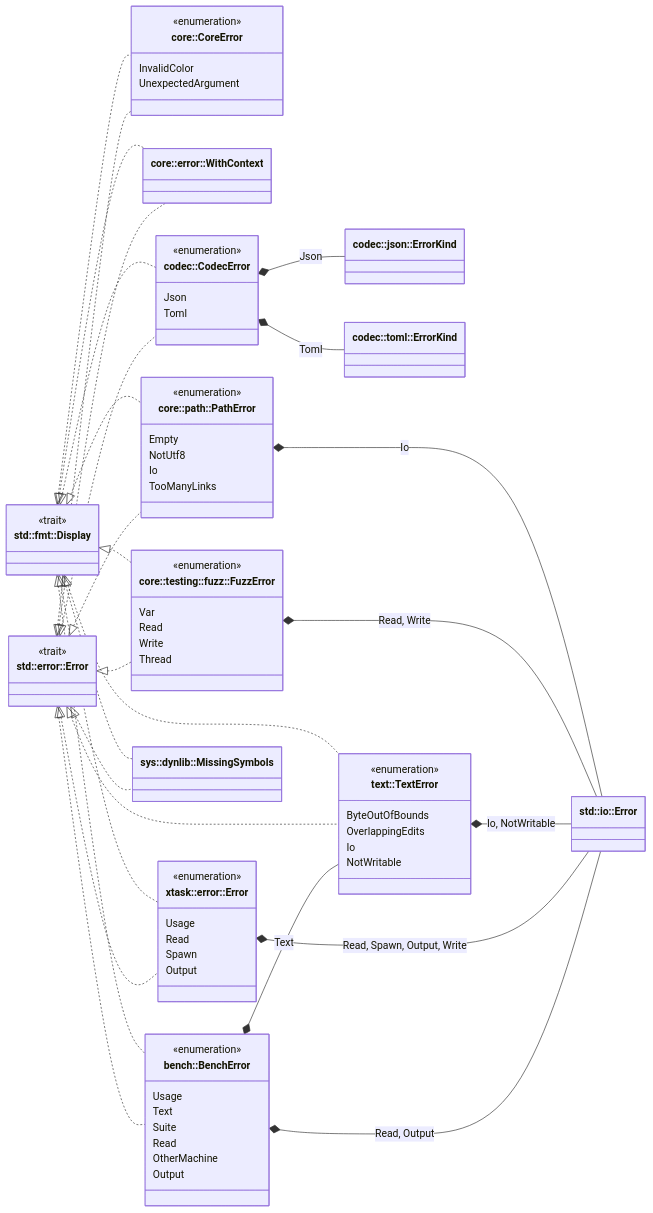
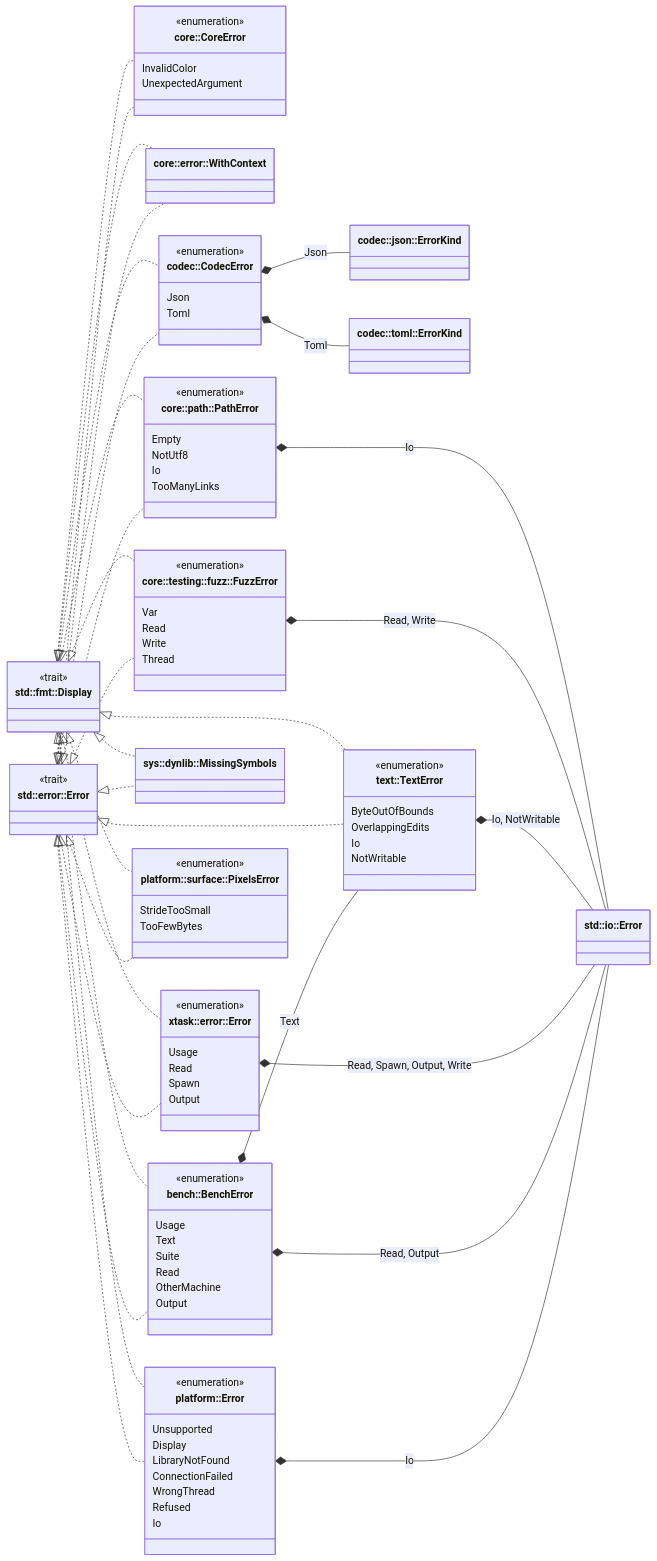
Before and after one commit to jabbott-iii/Tidepool: diagram 34 of 34 in diagrams/class-diagrams.md, drawn with Mermaid. The commit also changed other lines of this file and 45 other files, not shown here.

````diff
--- a/diagrams/class-diagrams.md
+++ b/diagrams/class-diagrams.md
@@ -2564,6 +2758,21 @@
         Output
     }
     class MissingSymbols["sys::dynlib::MissingSymbols"]
+    class PlatformError["platform::Error"] {
+        <<enumeration>>
+        Unsupported
+        Display
+        LibraryNotFound
+        ConnectionFailed
+        WrongThread
+        Refused
+        Io
+    }
+    class PixelsError["platform::surface::PixelsError"] {
+        <<enumeration>>
+        StrideTooSmall
+        TooFewBytes
+    }
     class BenchError["bench::BenchError"] {
         <<enumeration>>
         Usage
@@ -2591,6 +2800,10 @@
     StdError <|.. BenchError
     Display <|.. MissingSymbols
     StdError <|.. MissingSymbols
+    Display <|.. PlatformError
+    StdError <|.. PlatformError
+    Display <|.. PixelsError
+    StdError <|.. PixelsError
     CodecError *-- JsonErrorKind : Json
     CodecError *-- TomlErrorKind : Toml
     PathError *-- IoError : Io
@@ -2599,4 +2812,5 @@
     XtaskError *-- IoError : Read, Spawn, Output, Write
     BenchError *-- TextError : Text
     BenchError *-- IoError : Read, Output
+    PlatformError *-- IoError : Io
 ```
````
